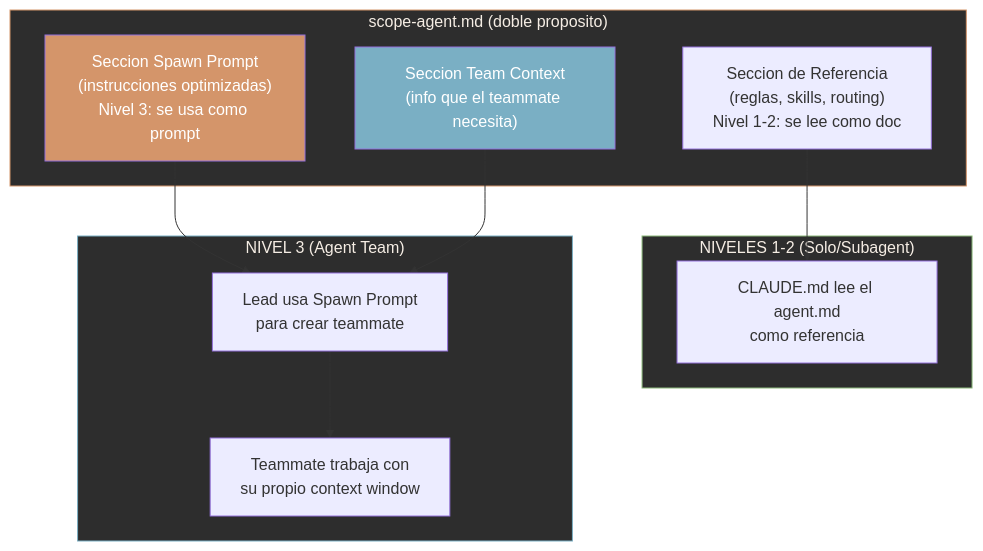
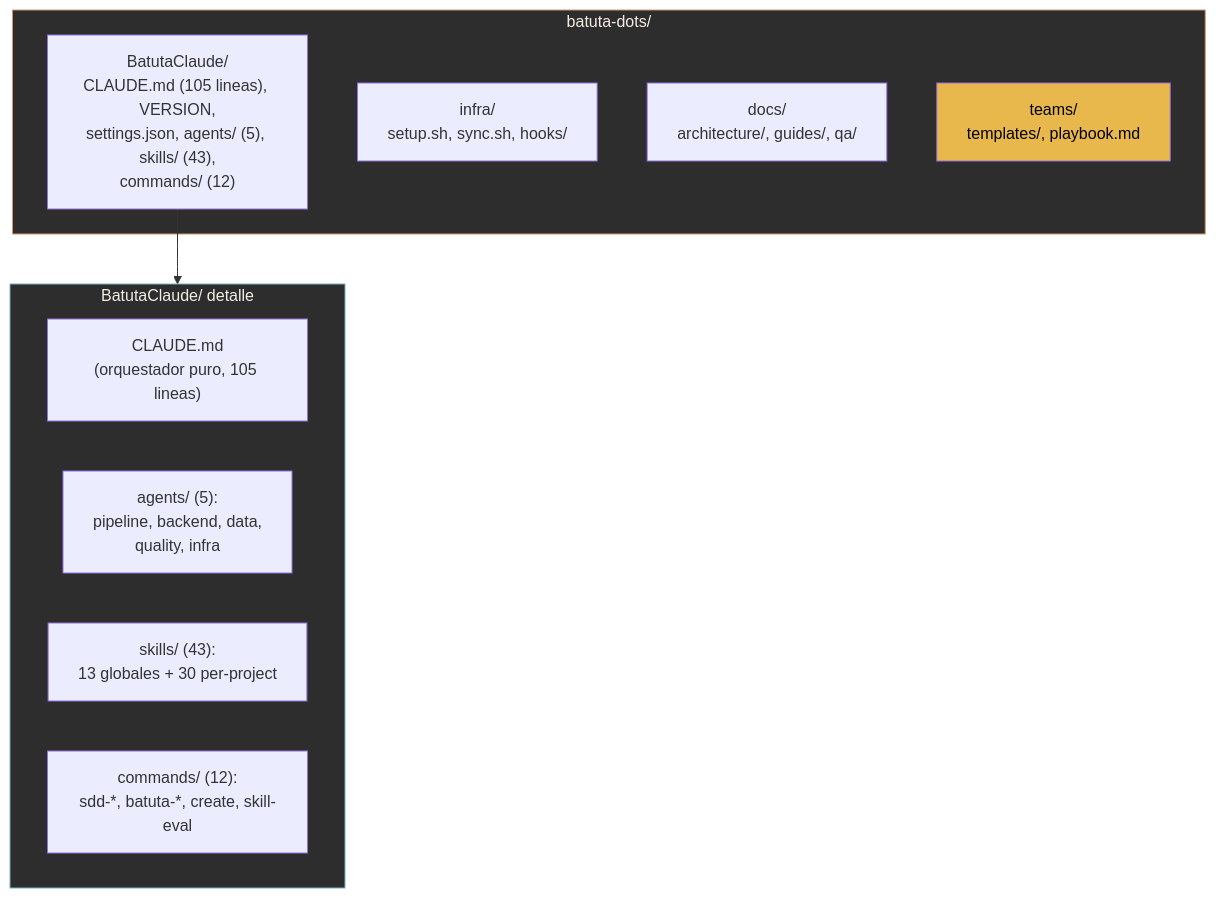
Before and after one commit to jota-batuta/batuta-dots: diagram 14 of 14 in docs/architecture/arquitectura-diagrama.md, drawn with Mermaid. The commit also changed other lines of this file and 120 other files, not shown here.

````diff
--- a/docs/architecture/arquitectura-diagrama.md
+++ b/docs/architecture/arquitectura-diagrama.md
@@ -840,28 +495,22 @@
 ```mermaid
 flowchart TD
-    subgraph AGENT_FILE["scope-agent.md (doble proposito)"]
-        REFERENCE["Seccion de Referencia<br/>(reglas, skills, routing)<br/>Nivel 1-2: se lee como doc"]
-        SPAWN["Seccion Spawn Prompt<br/>(instrucciones optimizadas)<br/>Nivel 3: se usa como prompt"]
-        CONTEXT["Seccion Team Context<br/>(info que el teammate necesita)"]
+    subgraph ROOT["batuta-dots/"]
+        CLAUDE_DIR["BatutaClaude/<br/>CLAUDE.md (105 lineas), VERSION,<br/>settings.json, agents/ (5), skills/ (43),<br/>commands/ (12)"]
+        INFRA_DIR["infra/<br/>setup.sh, sync.sh, hooks/"]
+        DOCS["docs/<br/>architecture/, guides/, qa/"]
+        TEAMS["teams/<br/>templates/, playbook.md"]
     end
 
-    subgraph NIVEL12["NIVELES 1-2 (Solo/Subagent)"]
-        READ_DOC["CLAUDE.md lee el agent.md<br/>como referencia"]
+    subgraph CLAUDE_DETAIL["BatutaClaude/ detalle"]
+        CLAUDE_MD_D["CLAUDE.md<br/>(orquestador puro, 105 lineas)"]
+        AGENTS_D["agents/ (5):<br/>pipeline, backend, data,<br/>quality, infra"]
+        SKILLS_D["skills/ (43):<br/>13 globales + 30 per-project"]
+        COMMANDS_D["commands/ (12):<br/>sdd-*, batuta-*, create, skill-eval"]
     end
 
-    subgraph NIVEL3_USE["NIVEL 3 (Agent Team)"]
-        SPAWN_TM["Lead usa Spawn Prompt<br/>para crear teammate"]
-        TM_RESULT["Teammate trabaja con<br/>su propio context window"]
-    end
+    CLAUDE_DIR --> CLAUDE_DETAIL
 
-    REFERENCE --> READ_DOC
-    SPAWN --> SPAWN_TM
-    CONTEXT --> SPAWN_TM
-    SPAWN_TM --> TM_RESULT
-
-    style AGENT_FILE fill:#2d2d2d,stroke:#D4956A,color:#F5EDE4
-    style NIVEL12 fill:#2d2d2d,stroke:#8BB87A,color:#F5EDE4
-    style NIVEL3_USE fill:#2d2d2d,stroke:#7AAFC4,color:#F5EDE4
-    style SPAWN fill:#D4956A,color:#fff
-    style CONTEXT fill:#7AAFC4,color:#fff
+    style ROOT fill:#2d2d2d,stroke:#D4956A,color:#F5EDE4
+    style CLAUDE_DETAIL fill:#2d2d2d,stroke:#7AAFC4,color:#F5EDE4
+    style TEAMS fill:#E8B84D,color:#000
 ```
````
